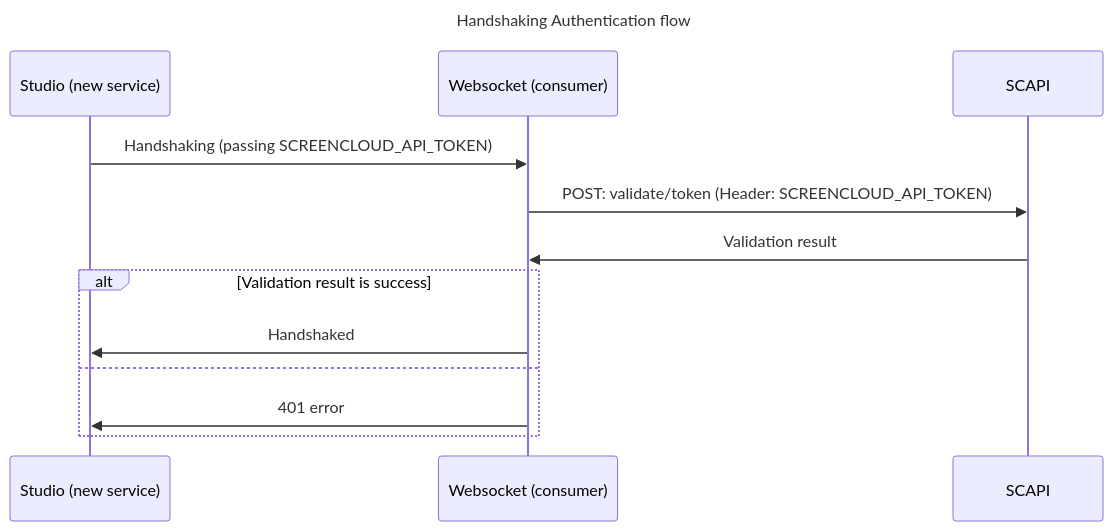
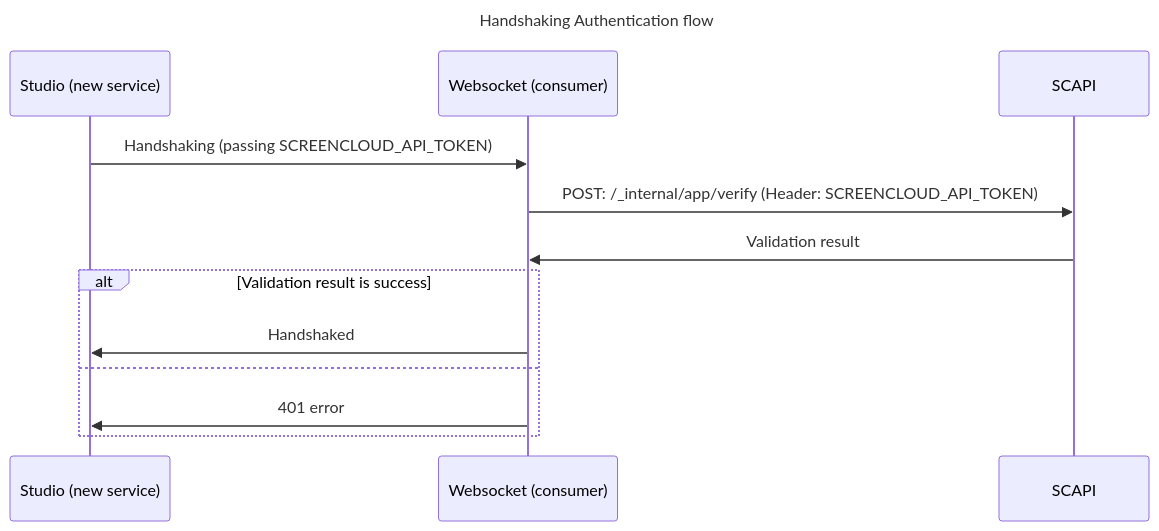
The diagram in handshaking-flow.md (gutakk/redis-stream-test), drawn with Mermaid before and after one commit.

Commit message:
Update handshaking flow

````diff
--- a/handshaking-flow.md
+++ b/handshaking-flow.md
@@ -1,17 +1,17 @@
 ```mermaid
 sequenceDiagram
   title: Handshaking Authentication flow
 
   participant S as Studio (new service)
   participant W as Websocket (consumer)
   Participant SC as SCAPI
 
   S->>W: Handshaking (passing SCREENCLOUD_API_TOKEN)
-  W->>SC: POST: validate/token (Header: SCREENCLOUD_API_TOKEN)
+  W->>SC: POST: /_internal/app/verify (Header: SCREENCLOUD_API_TOKEN)
   SC->>W: Validation result
   alt Validation result is success
     W->>S: Handshaked
   else
     W->>S: 401 error
   end
 ```
````
